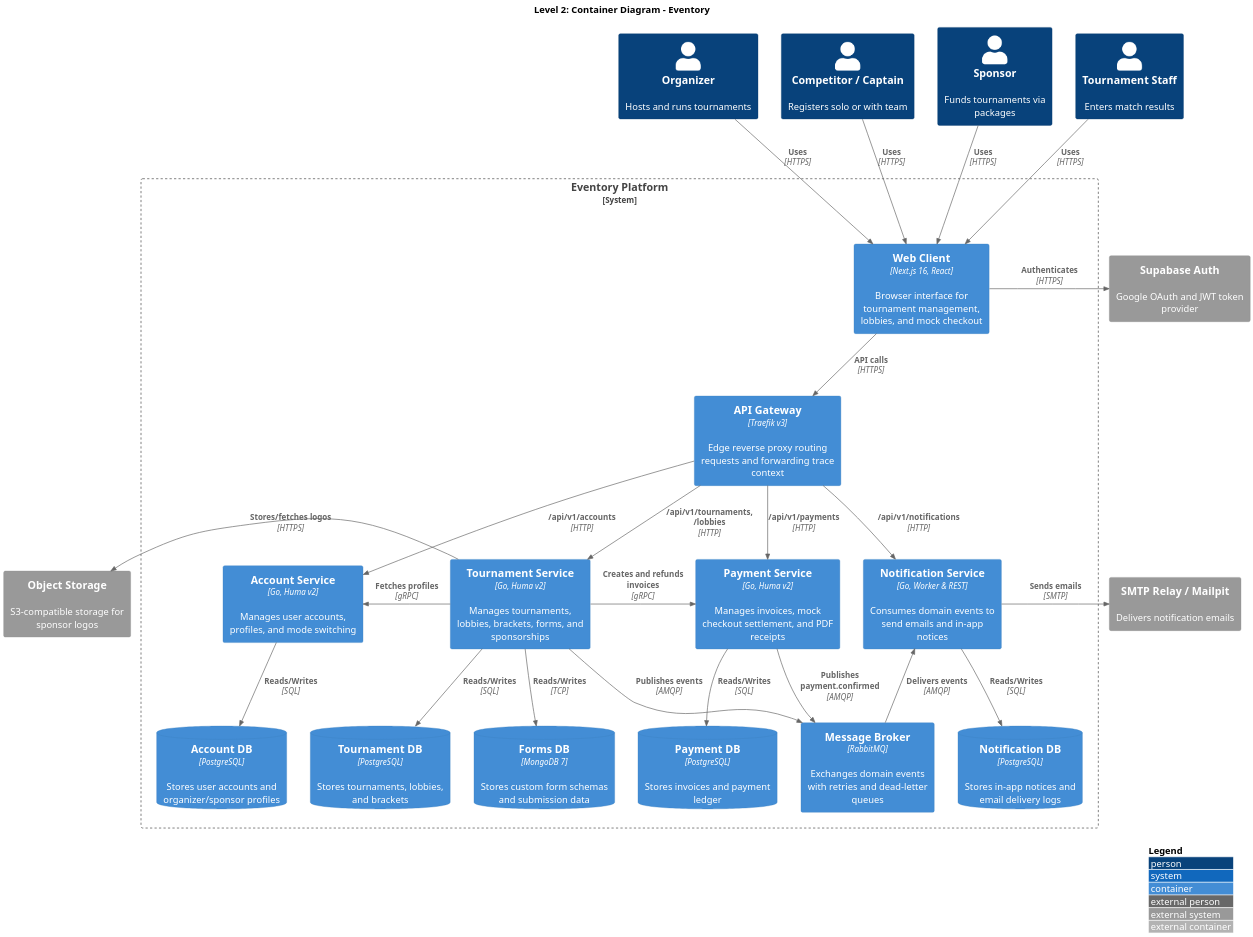
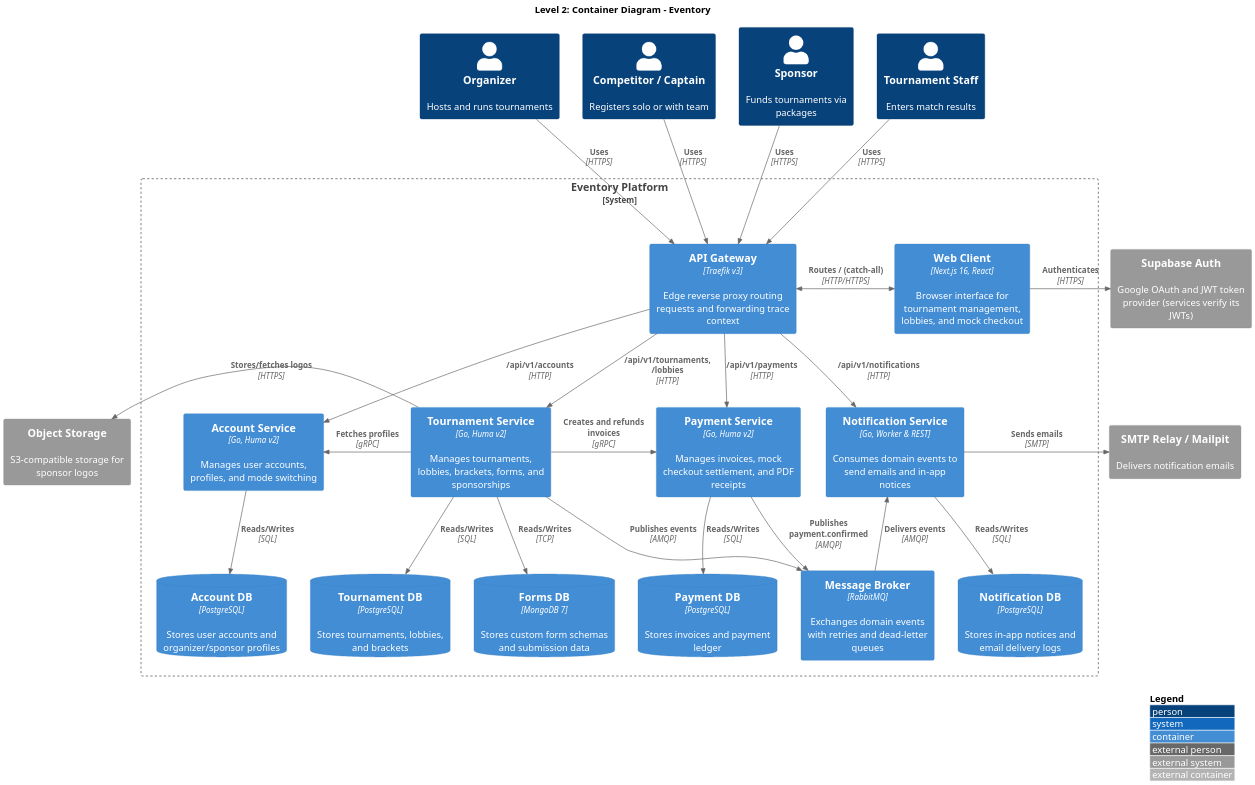
Before and after one commit to moomaideng/eventory: the diagram in docs/arch/c4-level2-container.puml, drawn with PlantUML. The commit also changed 1 other file, not shown here.

Commit message:
docs(C4-model): fix c4 level2 diagram

```diff
--- a/docs/arch/c4-level2-container.puml
+++ b/docs/arch/c4-level2-container.puml
@@ -1,78 +1,81 @@
 @startuml c4-level2-container
 skinparam dpi 200
 !include <C4/C4_Container>
 
+LAYOUT_TOP_DOWN()
 LAYOUT_WITH_LEGEND()
 
 title Level 2: Container Diagram - Eventory
 
 Person(organizer, "Organizer", "Hosts and runs tournaments")
 Person(competitor, "Competitor / Captain", "Registers solo or with team")
 Person(sponsor, "Sponsor", "Funds tournaments via packages")
 Person(staff, "Tournament Staff", "Enters match results")
 
-System_Ext(supabase, "Supabase Auth", "Google OAuth and JWT token provider")
+System_Ext(supabase, "Supabase Auth", "Google OAuth and JWT token provider (services verify its JWTs)")
+System_Ext(smtp, "SMTP Relay / Mailpit", "Delivers notification emails")
 System_Ext(s3, "Object Storage", "S3-compatible storage for sponsor logos")
-System_Ext(smtp, "SMTP Relay / Mailpit", "Delivers notification emails")
 
 System_Boundary(c1, "Eventory Platform") {
     Container(web_app, "Web Client", "Next.js 16, React", "Browser interface for tournament management, lobbies, and mock checkout")
     Container(gateway, "API Gateway", "Traefik v3", "Edge reverse proxy routing requests and forwarding trace context")
 
     together {
         Container(account_service, "Account Service", "Go, Huma v2", "Manages user accounts, profiles, and mode switching")
         Container(tournament_service, "Tournament Service", "Go, Huma v2", "Manages tournaments, lobbies, brackets, forms, and sponsorships")
         Container(payment_service, "Payment Service", "Go, Huma v2", "Manages invoices, mock checkout settlement, and PDF receipts")
         Container(notification_service, "Notification Service", "Go, Worker & REST", "Consumes domain events to send emails and in-app notices")
     }
 
     together {
         ContainerDb(account_db, "Account DB", "PostgreSQL", "Stores user accounts and organizer/sponsor profiles")
         ContainerDb(tournament_db, "Tournament DB", "PostgreSQL", "Stores tournaments, lobbies, and brackets")
         ContainerDb(forms_db, "Forms DB", "MongoDB 7", "Stores custom form schemas and submission data")
         ContainerDb(payment_db, "Payment DB", "PostgreSQL", "Stores invoices and payment ledger")
         Container(broker, "Message Broker", "RabbitMQ", "Exchanges domain events with retries and dead-letter queues")
         ContainerDb(notification_db, "Notification DB", "PostgreSQL", "Stores in-app notices and email delivery logs")
     }
 
     account_service -[hidden]right- tournament_service
     tournament_service -[hidden]right- payment_service
     payment_service -[hidden]right- notification_service
 
     account_db -[hidden]right- tournament_db
     tournament_db -[hidden]right- forms_db
     forms_db -[hidden]right- payment_db
     payment_db -[hidden]right- broker
     broker -[hidden]right- notification_db
 }
 
-Rel(organizer, web_app, "Uses", "HTTPS")
-Rel(competitor, web_app, "Uses", "HTTPS")
-Rel(sponsor, web_app, "Uses", "HTTPS")
-Rel(staff, web_app, "Uses", "HTTPS")
+Lay_R(organizer, competitor)
+Lay_R(competitor, sponsor)
+Lay_R(sponsor, staff)
+Rel_D(organizer, gateway, "Uses", "HTTPS")
+Rel_D(competitor, gateway, "Uses", "HTTPS")
+Rel_D(sponsor, gateway, "Uses", "HTTPS")
+Rel_D(staff, gateway, "Uses", "HTTPS")
 
 Rel_R(web_app, supabase, "Authenticates", "HTTPS")
-Rel_D(web_app, gateway, "API calls", "HTTPS")
+BiRel_R(gateway, web_app, "Routes / (catch-all)", "HTTP/HTTPS")
 
 Rel_D(gateway, account_service, "/api/v1/accounts", "HTTP")
 Rel_D(gateway, tournament_service, "/api/v1/tournaments, /lobbies", "HTTP")
 Rel_D(gateway, payment_service, "/api/v1/payments", "HTTP")
 Rel_D(gateway, notification_service, "/api/v1/notifications", "HTTP")
 
 Rel_L(tournament_service, account_service, "Fetches profiles", "gRPC")
 Rel_R(tournament_service, payment_service, "Creates and refunds invoices", "gRPC")
 
 Rel_D(account_service, account_db, "Reads/Writes", "SQL")
 Rel_D(tournament_service, tournament_db, "Reads/Writes", "SQL")
 Rel_D(tournament_service, forms_db, "Reads/Writes", "TCP")
 Rel_D(payment_service, payment_db, "Reads/Writes", "SQL")
 Rel_D(notification_service, notification_db, "Reads/Writes", "SQL")
 
 Rel_L(tournament_service, s3, "Stores/fetches logos", "HTTPS")
 
 Rel_D(tournament_service, broker, "Publishes events", "AMQP")
 Rel_D(payment_service, broker, "Publishes payment.confirmed", "AMQP")
 Rel_U(broker, notification_service, "Delivers events", "AMQP")
 Rel_R(notification_service, smtp, "Sends emails", "SMTP")
-
 @enduml
```
